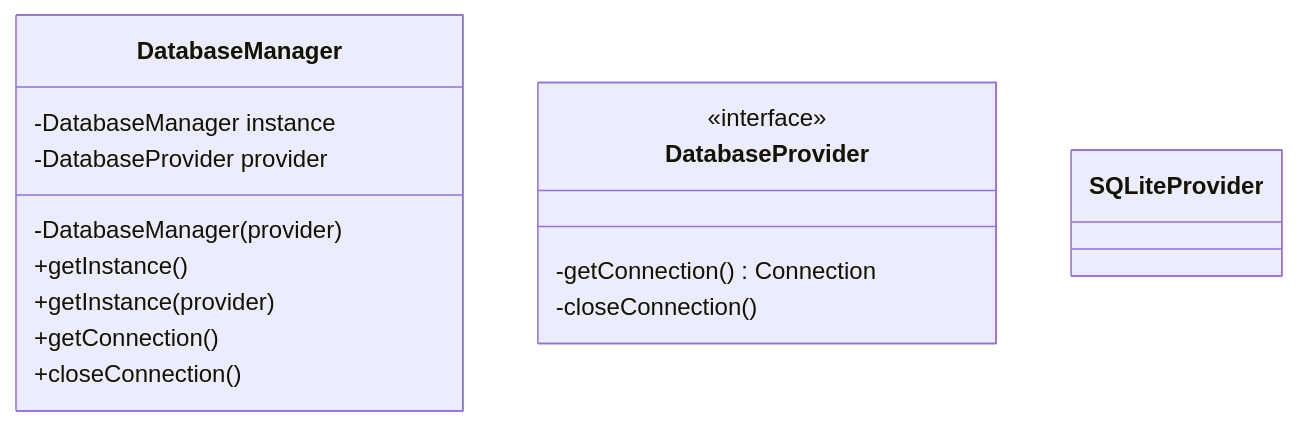
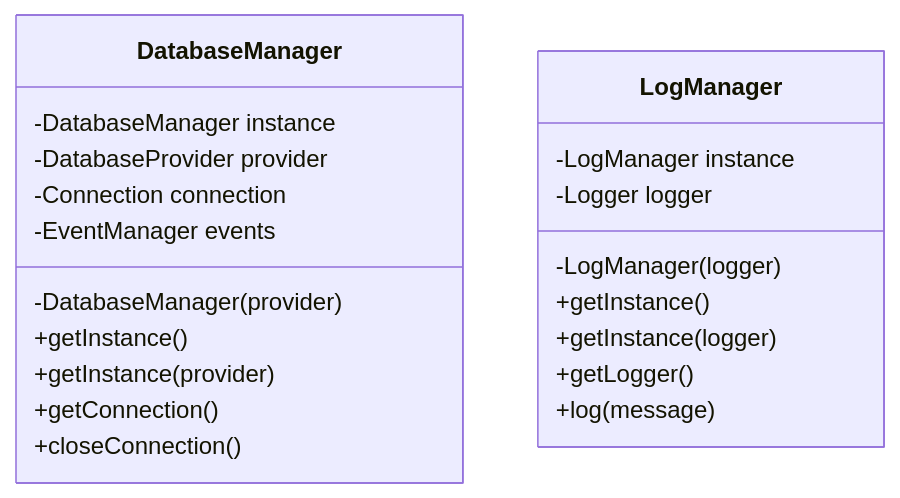
The first of 6 diagrams in README.md (elc117/aplicacao-2024b-joselitosn), drawn with Mermaid before and after one commit. The commit also changed other lines of this file and 14 other files, not shown here.

`````diff
--- a/README.md
+++ b/README.md
@@ -1,22 +2,26 @@
 ````mermaid
 classDiagram
     class DatabaseManager {
         -DatabaseManager instance
         -DatabaseProvider provider
+        -Connection connection
+        -EventManager events
+        
         -DatabaseManager(provider)
         +getInstance()
         +getInstance(provider)
         +getConnection()
         +closeConnection()
     }
     
-    class DatabaseProvider {
-        <<interface>>
-        -getConnection() Connection
-        -closeConnection()
-    }
-    
-    class SQLiteProvider {
+    class LogManager {
+        -LogManager instance
+        -Logger logger
         
+        -LogManager(logger)
+        +getInstance()
+        +getInstance(logger)
+        +getLogger()
+        +log(message)
     }
 ````
`````
